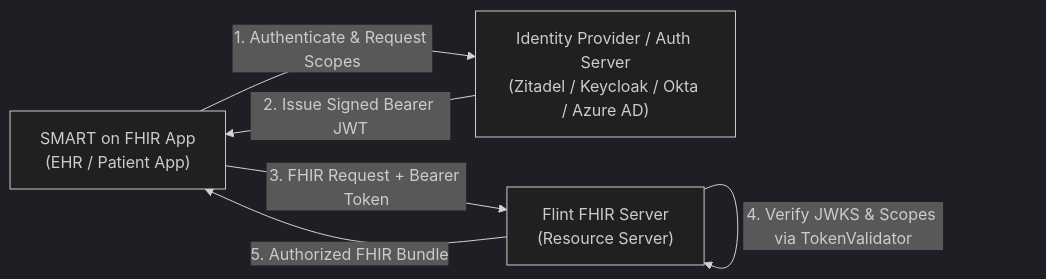
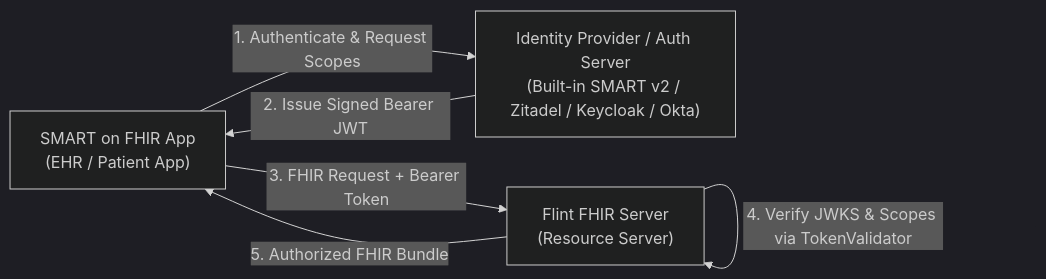
Before and after one commit to flint-fhir/flint: the second of 2 diagrams in README.md, drawn with Mermaid (dark theme). The commit also changed other lines of this file, not shown here.

Commit message:
docs(readme): clarify FHIR R4 ingestion diagram and update conformance matrix to 146 R4 types / 31 checks

````diff
--- a/README.md
+++ b/README.md
@@ -366,12 +382,12 @@
 ```mermaid
 flowchart LR
     Client["SMART on FHIR App\n(EHR / Patient App)"]
-    IdP["Identity Provider / Auth Server\n(Zitadel / Keycloak / Okta / Azure AD)"]
+    IdP["Identity Provider / Auth Server\n(Built-in SMART v2 / Zitadel / Keycloak / Okta)"]
     Flint["Flint FHIR Server\n(Resource Server)"]
 
     Client -->|1. Authenticate & Request Scopes| IdP
     IdP -->|2. Issue Signed Bearer JWT| Client
     Client -->|3. FHIR Request + Bearer Token| Flint
     Flint -->|4. Verify JWKS & Scopes via TokenValidator| Flint
     Flint -->|5. Authorized FHIR Bundle| Client
 ```
````
